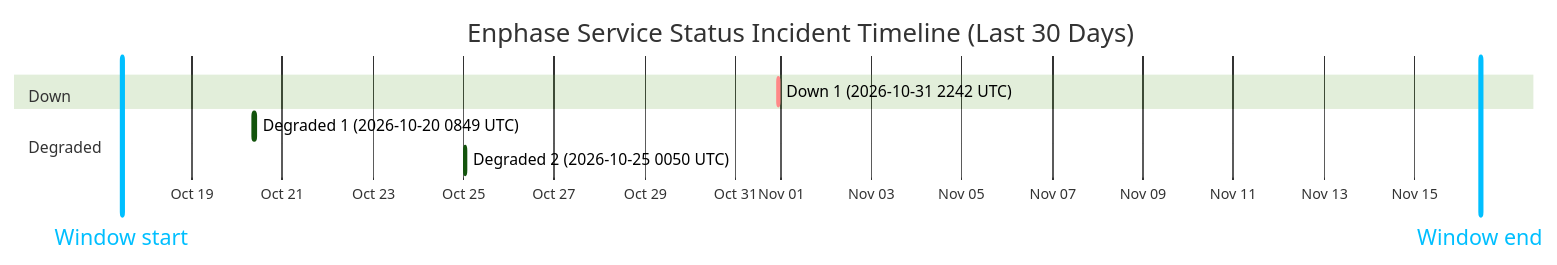
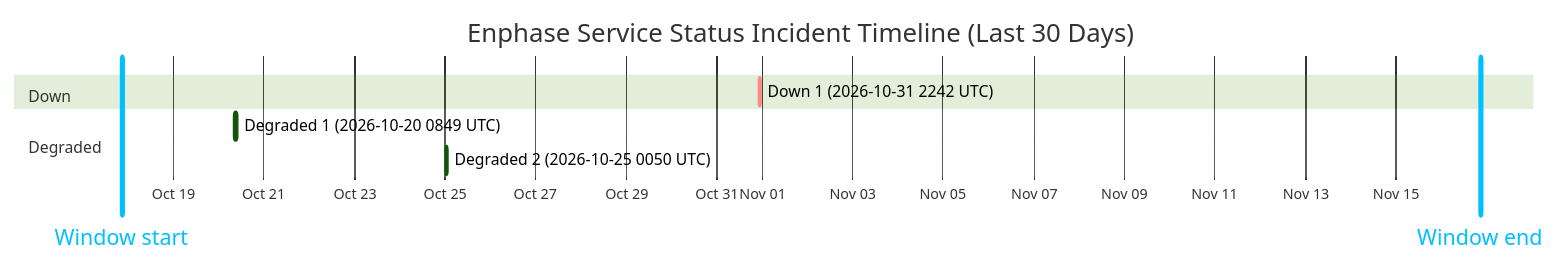
The diagram in wiki/Service-Status-History.md (barneyonline/ha-enphase-energy), drawn with Mermaid (forest theme) before and after one commit. The commit also changed other lines of this file and 3 other files, not shown here.

````diff
--- a/wiki/Service-Status-History.md
+++ b/wiki/Service-Status-History.md
@@ -14,13 +14,13 @@
 ```mermaid
 gantt
     title Enphase Service Status Incident Timeline (Last 30 Days)
     dateFormat  YYYY-MM-DDTHH:mm:ss
     axisFormat  %b %d
-    Window start :vert, window-start, 2026-10-17T10:49:32, 0ms
-    Window end :vert, window-end, 2026-11-16T10:49:32, 0ms
+    Window start :vert, window-start, 2026-10-17T20:48:04, 0ms
+    Window end :vert, window-end, 2026-11-16T20:48:04, 0ms
     section Down
     Down 1 (2026-10-31 2242 UTC) :crit, down-1, 2026-10-31T22:42:18, 60m
     section Degraded
     Degraded 1 (2026-10-20 0849 UTC) :active, degraded-1, 2026-10-20T08:49:49, 60m
     Degraded 2 (2026-10-25 0050 UTC) :active, degraded-2, 2026-10-25T00:50:01, 60m
 ```
````
